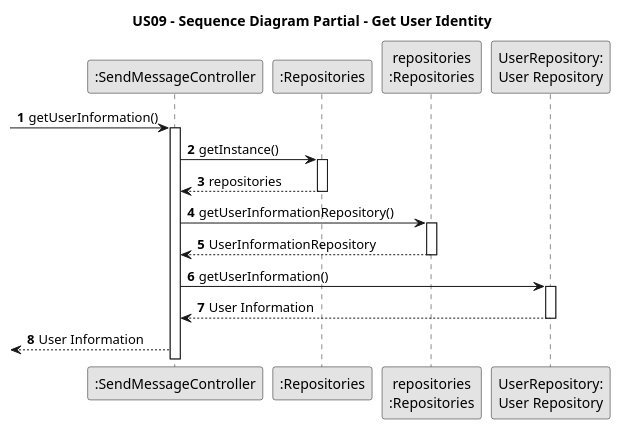
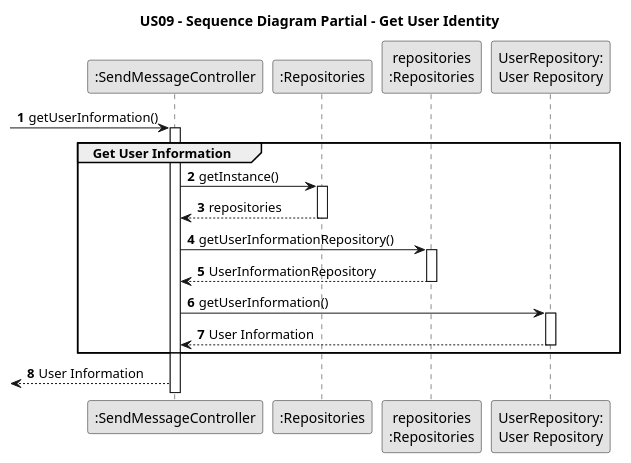
Before and after one commit to PureNimble/ISEP-LAPR2: the diagram in docs/sprintC/US09/03.design/puml/us09-sequence-diagram-partial-get-user-information.puml, drawn with PlantUML. The commit also changed 9 other files, not shown here.

Commit message:
US09 Added all svg Updated Read Me with all svg Sequence Diagram Partial (Get User Information) small correction Sequence Diagram Partial (Get Properties) small correction Sequence Diagram Partial (Create Message) small correction

```diff
--- a/docs/sprintC/US09/03.design/puml/us09-sequence-diagram-partial-get-user-information.puml
+++ b/docs/sprintC/US09/03.design/puml/us09-sequence-diagram-partial-get-user-information.puml
@@ -1,46 +1,50 @@
 @startuml
 'https://plantuml.com/sequence-diagram
 
 skinparam monochrome true
 skinparam packageStyle rectangle
 skinparam shadowing false
 
 title US09 - Sequence Diagram Partial - Get User Identity
 
 autonumber
 
 'hide footbox
 participant ":SendMessageController" as CTRL
 participant ":Repositories" as Repository
 participant "repositories\n:Repositories" as Repository2
 participant "UserRepository:\nUser Repository" as UserRepository
 
 
 autonumber
 
 -> CTRL : getUserInformation()
 
             activate CTRL
 
+            group Get User Information
+
             CTRL -> Repository : getInstance()
                 activate Repository
 
             Repository --> CTRL : repositories
                 deactivate Repository
 
             CTRL -> Repository2 : getUserInformationRepository()
                 activate Repository2
 
             Repository2 --> CTRL : UserInformationRepository
                 deactivate Repository2
 
             CTRL -> UserRepository : getUserInformation()
 
                 activate UserRepository
 
             UserRepository --> CTRL : User Information
 
                 deactivate UserRepository
 
+            end
+
          <-- CTRL : User Information
 @enduml
```
